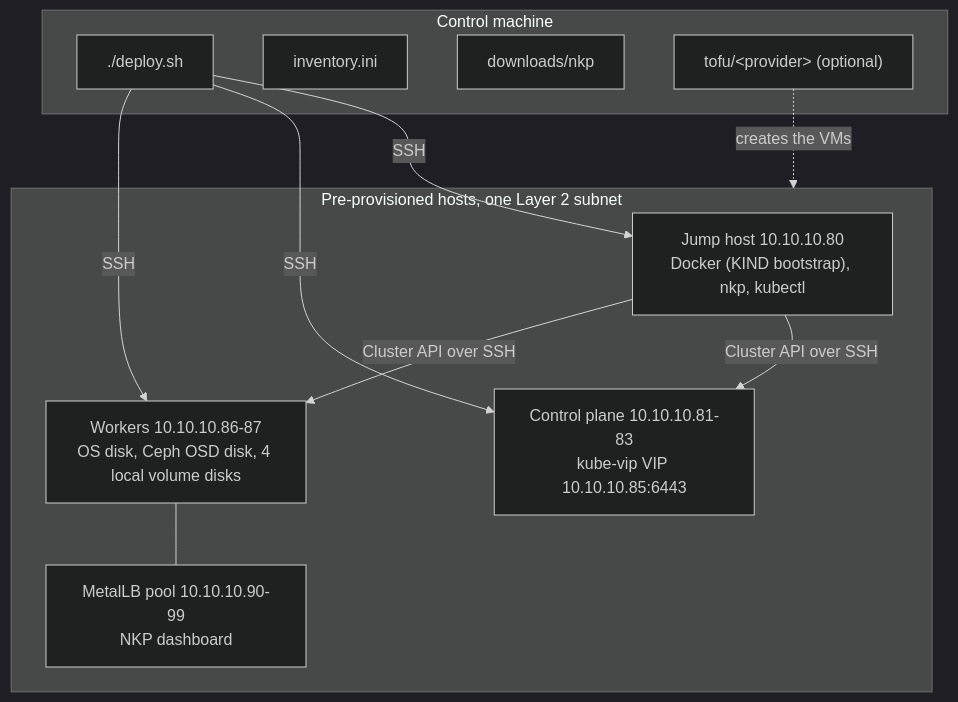
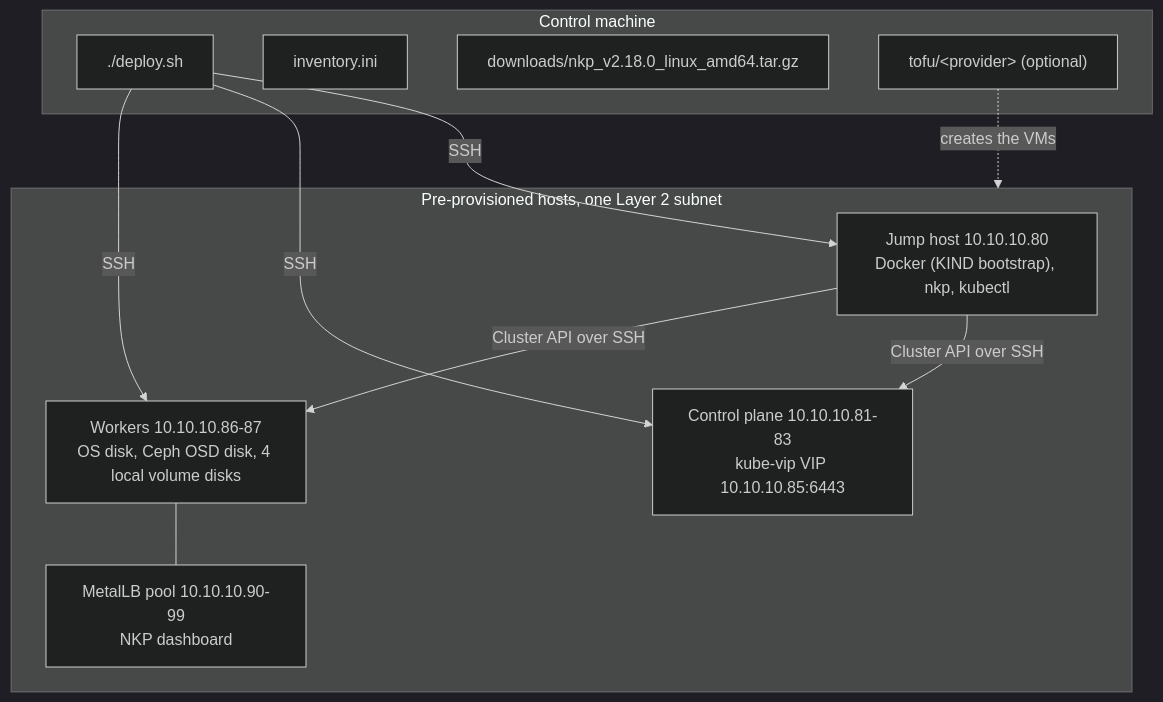
Before and after one commit to marco-fabbri/nkp-preprovisioned-toolkit: the diagram in README.md, drawn with Mermaid (dark theme). The commit also changed other lines of this file and 8 other files, not shown here.

````diff
--- a/README.md
+++ b/README.md
@@ -55,24 +55,24 @@
 ```mermaid
 flowchart TD
     subgraph Controller [Control machine]
         CLI["./deploy.sh"]
         Inv["inventory.ini"]
-        Bin["downloads/nkp"]
+        Bin["downloads/nkp_v2.18.0_linux_amd64.tar.gz"]
         Tofu["tofu/&lt;provider&gt; (optional)"]
     end
 
     subgraph Hosts [Pre-provisioned hosts, one Layer 2 subnet]
         JH["Jump host 10.10.10.80<br/>Docker (KIND bootstrap), nkp, kubectl"]
         CP["Control plane 10.10.10.81-83<br/>kube-vip VIP 10.10.10.85:6443"]
         W["Workers 10.10.10.86-87<br/>OS disk, Ceph OSD disk, 4 local volume disks"]
         LB["MetalLB pool 10.10.10.90-99<br/>NKP dashboard"]
     end
 
     Tofu -.->|creates the VMs| Hosts
     CLI -->|SSH| JH
     CLI -->|SSH| CP
     CLI -->|SSH| W
     JH -->|Cluster API over SSH| CP
     JH -->|Cluster API over SSH| W
     W --- LB
 ```
````
